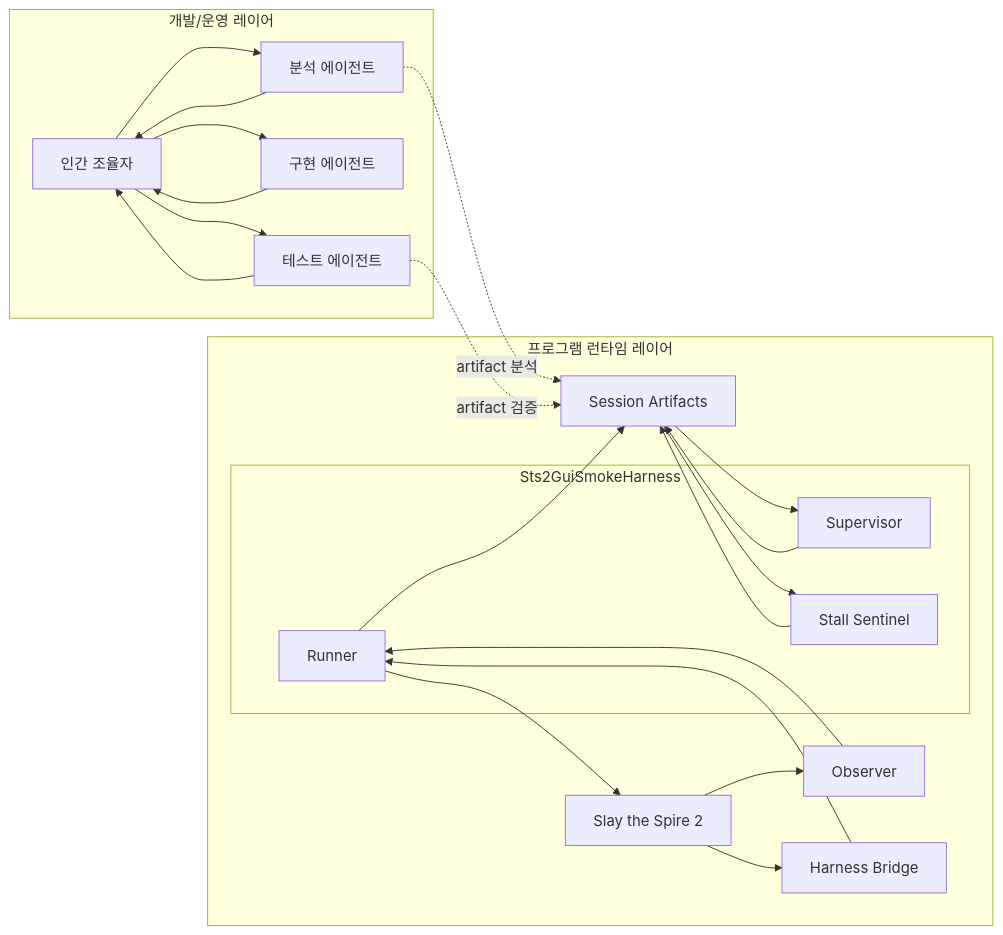
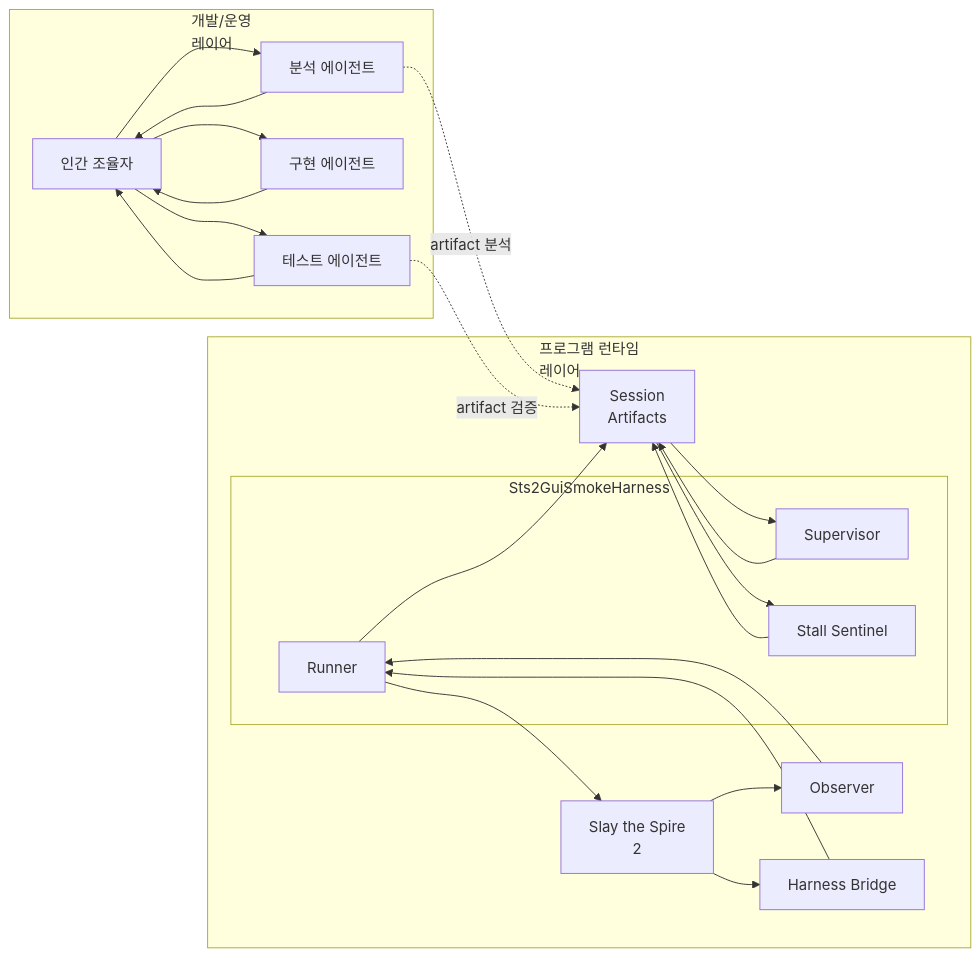
One commit to jidon333/STS2_Mod_AI_Companion changed the first of 6 diagrams in docs/contracts/RUNNER_SUPERVISOR_AGENT_ARCHITECTURE.md. Above: the diagram before and after it, drawn with Mermaid. The commit also changed other lines of this file and 4 other files, not shown here.

Commit message:
Improve Mermaid readability in harness docs

````diff
--- a/docs/contracts/RUNNER_SUPERVISOR_AGENT_ARCHITECTURE.md
+++ b/docs/contracts/RUNNER_SUPERVISOR_AGENT_ARCHITECTURE.md
@@ -151,42 +151,42 @@
 ```mermaid
 flowchart LR
-    subgraph DEV["개발/운영 레이어"]
+    subgraph DEV["개발/운영<br/>레이어"]
         HC["인간 조율자"]
         AA["분석 에이전트"]
         IA["구현 에이전트"]
         TA["테스트 에이전트"]
     end
 
-    subgraph RT["프로그램 런타임 레이어"]
+    subgraph RT["프로그램 런타임<br/>레이어"]
         subgraph HAR["Sts2GuiSmokeHarness"]
             RUN["Runner"]
             SUP["Supervisor"]
             SEN["Stall Sentinel"]
         end
         OBS["Observer"]
         BRG["Harness Bridge"]
-        GAME["Slay the Spire 2"]
-        ART["Session Artifacts"]
+        GAME["Slay the Spire<br/>2"]
+        ART["Session<br/>Artifacts"]
     end
 
     RUN --> GAME
     GAME --> OBS
     GAME --> BRG
     OBS --> RUN
     BRG --> RUN
     RUN --> ART
     ART --> SUP
     ART --> SEN
     SUP --> ART
     SEN --> ART
 
     HC --> AA
     HC --> IA
     HC --> TA
     AA --> HC
     IA --> HC
     TA --> HC
 
     AA -. artifact 분석 .-> ART
     TA -. artifact 검증 .-> ART
 ```
````
